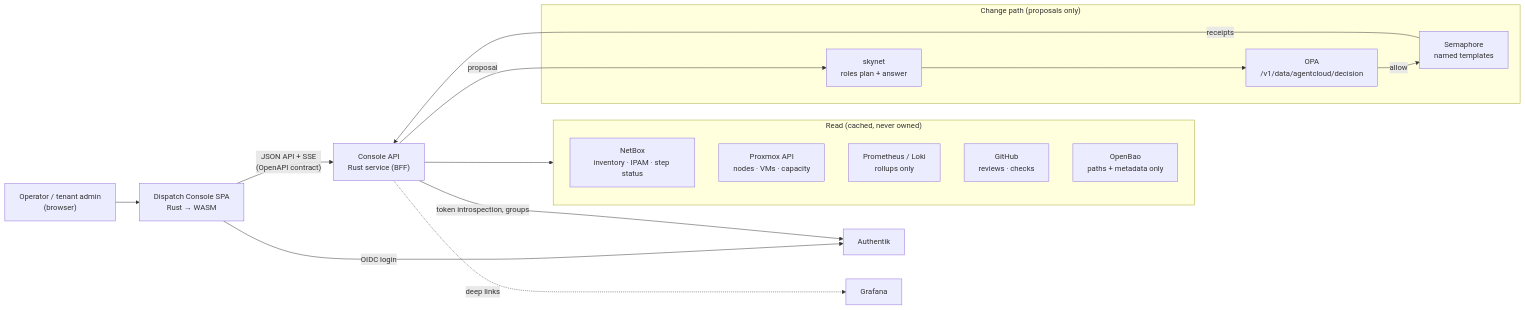
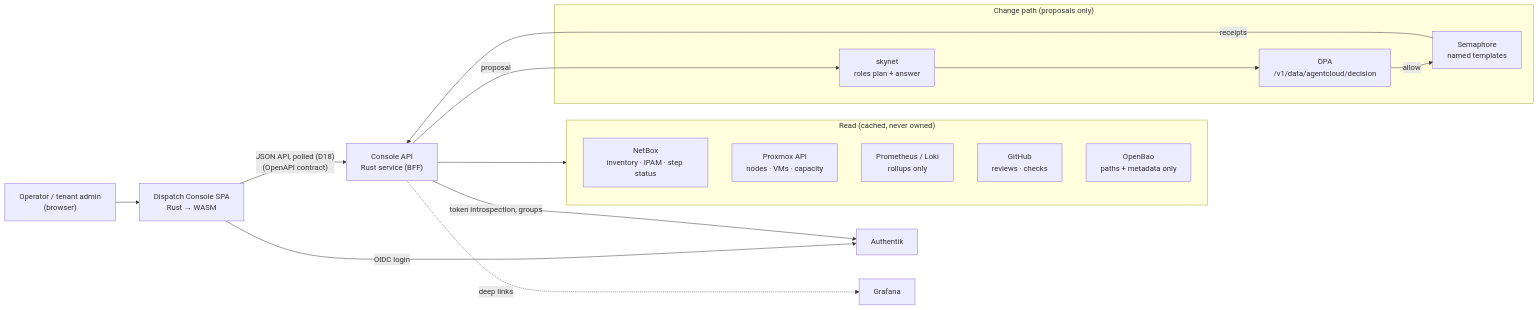
One commit to uhstray-io/agent-cloud changed the diagram in plan/development/17-dispatch-console.md. Above: the diagram before and after it, drawn with Mermaid. The commit also changed other lines of this file, not shown here.

Commit message:
docs(console): API table and diagram follow D18 polling

````diff
--- a/plan/development/17-dispatch-console.md
+++ b/plan/development/17-dispatch-console.md
@@ -79,25 +79,25 @@
 ```mermaid
 flowchart LR
     U["Operator / tenant admin<br/>(browser)"] --> SPA["Dispatch Console SPA<br/>Rust → WASM"]
     SPA -->|"OIDC login"| AK["Authentik"]
-    SPA -->|"JSON API + SSE<br/>(OpenAPI contract)"| API["Console API<br/>Rust service (BFF)"]
+    SPA -->|"JSON API, polled (D18)<br/>(OpenAPI contract)"| API["Console API<br/>Rust service (BFF)"]
     API -->|"token introspection, groups"| AK
     subgraph READ["Read (cached, never owned)"]
         NB["NetBox<br/>inventory · IPAM · step status"]
         PX["Proxmox API<br/>nodes · VMs · capacity"]
         PR["Prometheus / Loki<br/>rollups only"]
         GH["GitHub<br/>reviews · checks"]
         BAO["OpenBao<br/>paths + metadata only"]
     end
     subgraph WRITE["Change path (proposals only)"]
         SK["skynet<br/>roles plan + answer"]
         OPA["OPA<br/>/v1/data/agentcloud/decision"]
         SEM["Semaphore<br/>named templates"]
     end
     API --> READ
     API -->|"proposal"| SK
     SK --> OPA
     OPA -->|"allow"| SEM
     SEM -->|"receipts"| API
     API -.->|"deep links"| GF["Grafana"]
 ```
````
